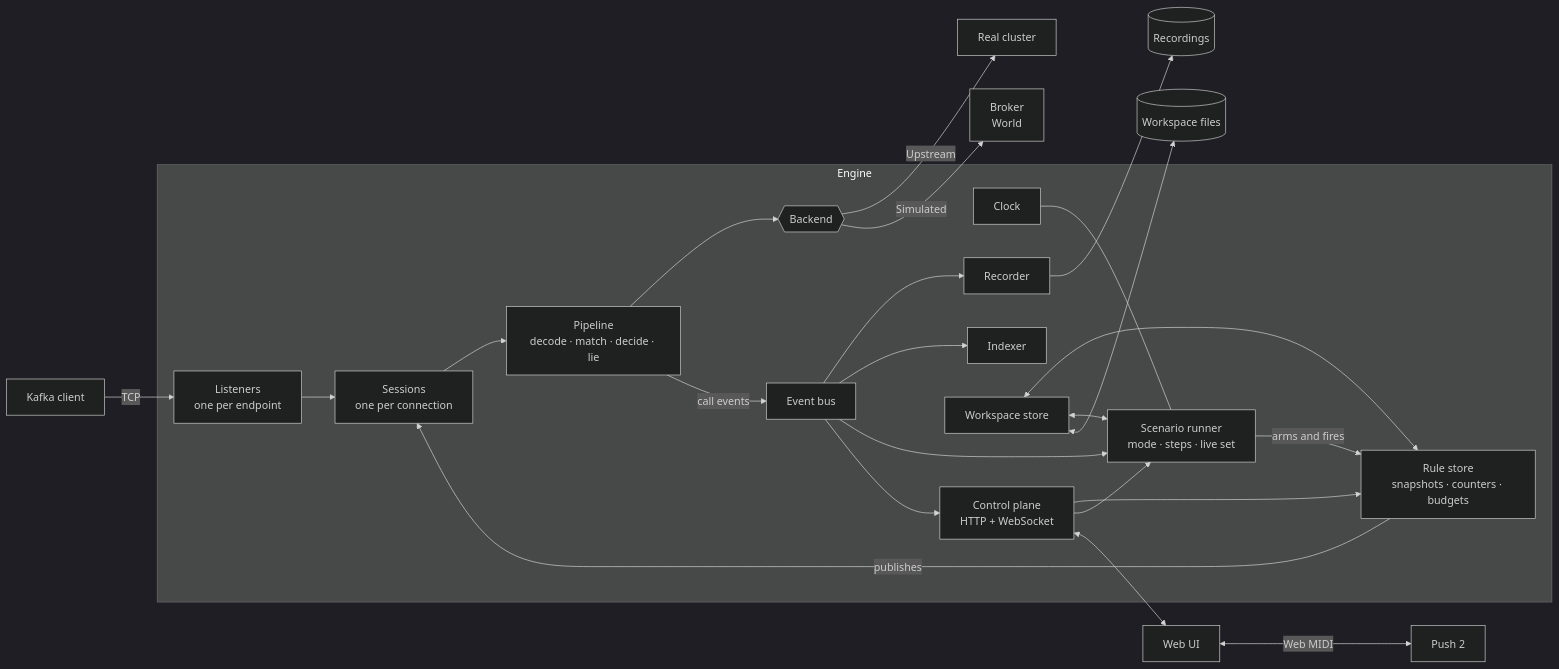
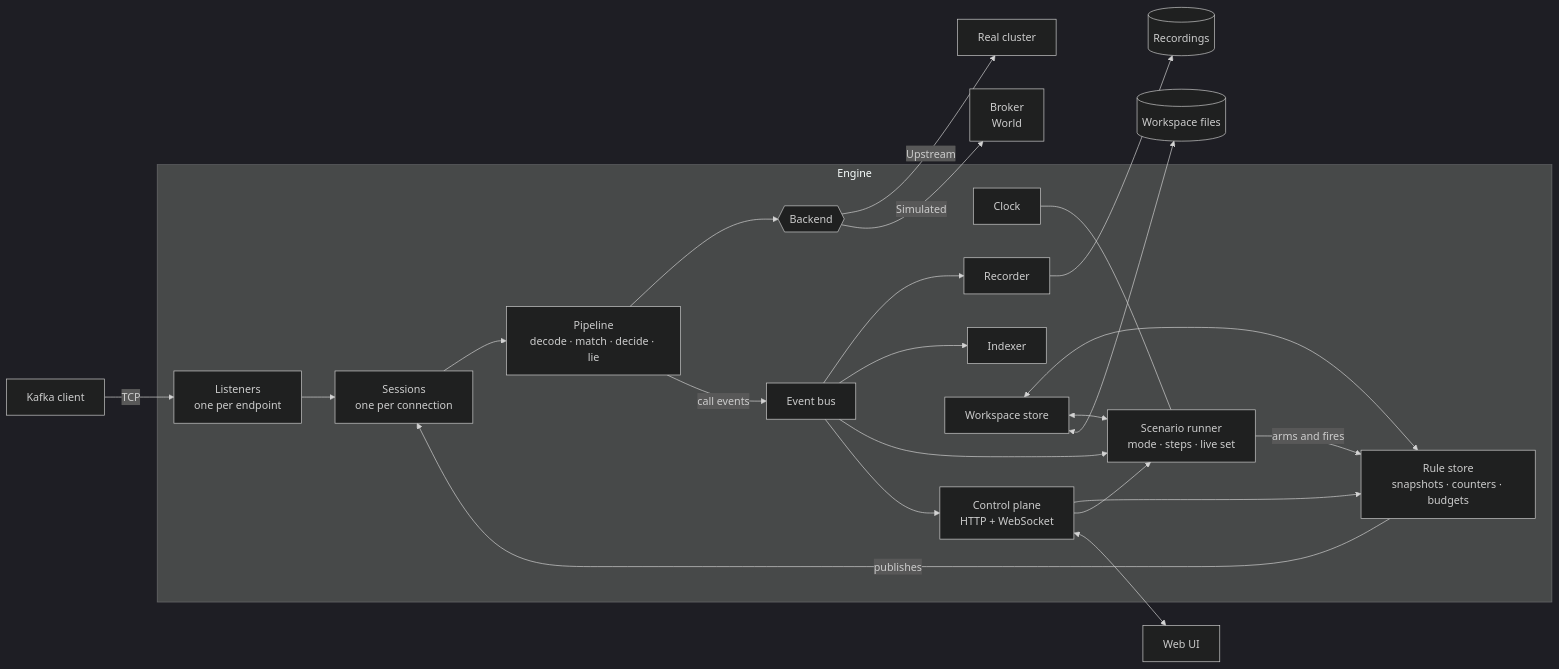
The first of 2 diagrams in docs/specs/architecture/README.md (cruxy-eu/gaslightmq), drawn with Mermaid (dark theme) before and after one commit. The commit also changed other lines of this file and 8 other files, not shown here.

````diff
--- a/docs/specs/architecture/README.md
+++ b/docs/specs/architecture/README.md
@@ -31,29 +31,28 @@
 ```mermaid
 flowchart LR
   client["Kafka client"] -->|TCP| LI
 
   subgraph engine["Engine"]
     LI["Listeners<br/>one per endpoint"] --> SS["Sessions<br/>one per connection"]
     SS --> PL["Pipeline<br/>decode · match · decide · lie"]
     PL --> BE{{"Backend"}}
     RS["Rule store<br/>snapshots · counters · budgets"] -->|publishes| SS
     SR["Scenario runner<br/>mode · steps · live set"] -->|arms and fires| RS
     CK["Clock"] --- SR
     PL -->|call events| BUS["Event bus"]
     BUS --> REC["Recorder"]
     BUS --> IDX["Indexer"]
     BUS --> SR
     WS["Workspace store"] <--> RS
     WS <--> SR
     CP["Control plane<br/>HTTP + WebSocket"] --> RS
     CP --> SR
     BUS --> CP
   end
 
   BE -->|Upstream| kafka["Real cluster"]
   BE -->|Simulated| world["Broker<br/>World"]
   CP <--> ui["Web UI"]
-  ui <-->|Web MIDI| push["Push 2"]
   WS <--> files[("Workspace files")]
   REC --> recs[("Recordings")]
 ```
````
